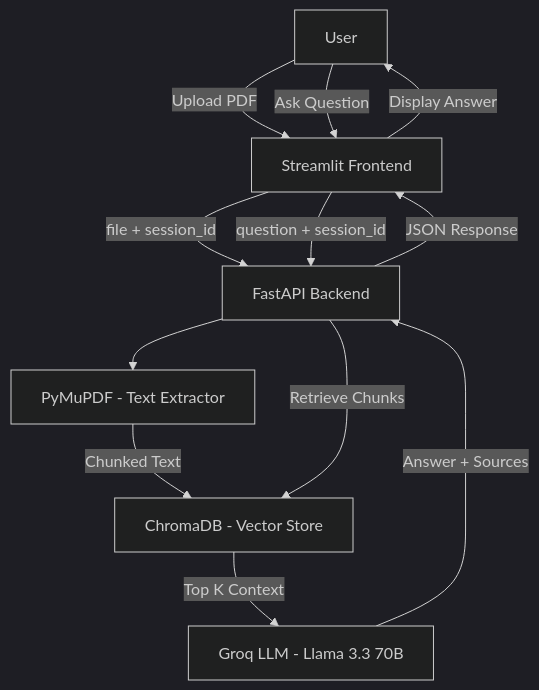
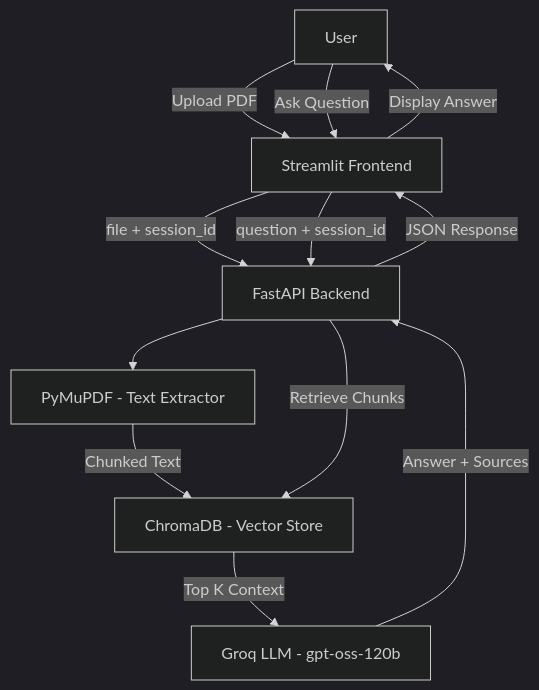
The diagram in Sooraj-K-R/README.md (PixelProgrammer4209/month-2-sprint-b-projects), drawn with Mermaid (dark theme) before and after one commit. The commit also changed other lines of this file and 2 other files, not shown here.

Commit message:
changed the groq model

````diff
--- a/Sooraj-K-R/README.md
+++ b/Sooraj-K-R/README.md
@@ -15,14 +15,14 @@
 ```mermaid
 graph TD
     A[User] -->|Upload PDF| B[Streamlit Frontend]
     A -->|Ask Question| B
     B -->|file + session_id| C[FastAPI Backend]
     B -->|question + session_id| C
     C --> D[PyMuPDF - Text Extractor]
     D -->|Chunked Text| E[ChromaDB - Vector Store]
     C -->|Retrieve Chunks| E
-    E -->|Top K Context| F[Groq LLM - Llama 3.3 70B]
+    E -->|Top K Context| F[Groq LLM - gpt-oss-120b]
     F -->|Answer + Sources| C
     C -->|JSON Response| B
     B -->|Display Answer| A
 ```
````
